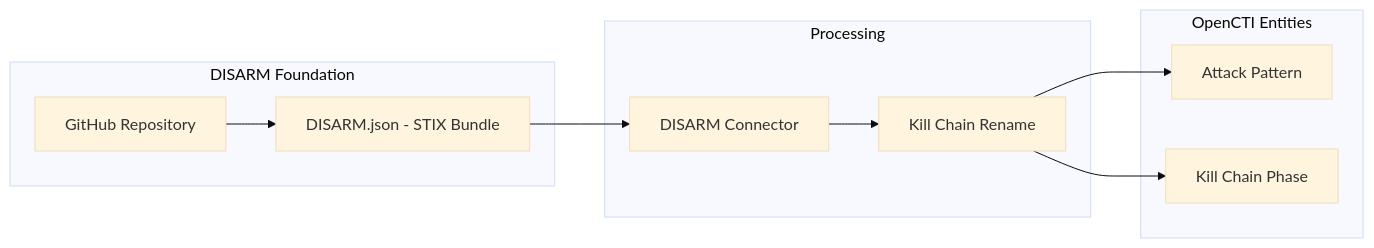
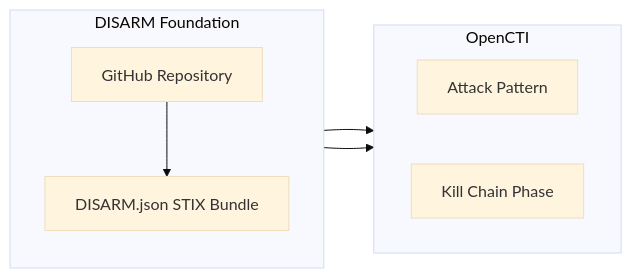
The diagram in external-import/disarm-framework/README.md (OpenCTI-Platform/connectors), drawn with Mermaid (base theme) before and after one commit. The commit also changed other lines of this file and 30 other files, not shown here.

````diff
--- a/external-import/disarm-framework/README.md
+++ b/external-import/disarm-framework/README.md
@@ -128,19 +133,18 @@
 ```mermaid
 graph LR
     subgraph DISARM Foundation
+        direction TB
         Repo[GitHub Repository]
-        STIX[DISARM.json - STIX Bundle]
+        STIX[DISARM.json STIX Bundle]
     end
-    
+
+    subgraph OpenCTI
+        direction LR
+        AttackPattern[Attack Pattern]
+        KillChainPhase[Kill Chain Phase]
+    end
+
     Repo --> STIX
-    
-    subgraph Processing
-        STIX --> Connector[DISARM Connector]
-        Connector --> KillChain[Kill Chain Rename]
-    end
-    
-    subgraph OpenCTI Entities
-        KillChain --> AttackPattern[Attack Pattern]
-        KillChain --> KillChainPhase[Kill Chain Phase]
-    end
+    STIX --> AttackPattern
+    STIX --> KillChainPhase
 ```
````
